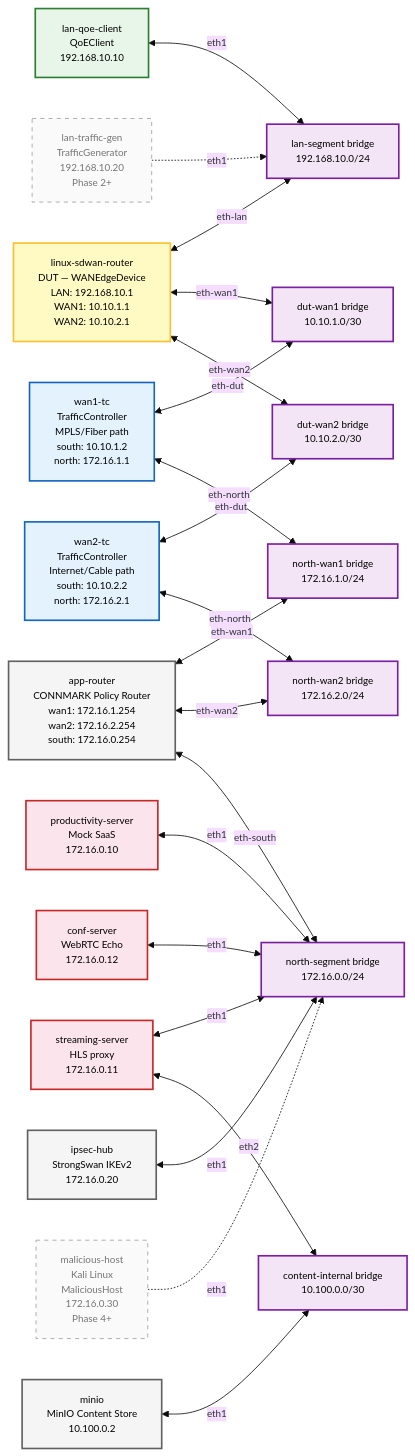
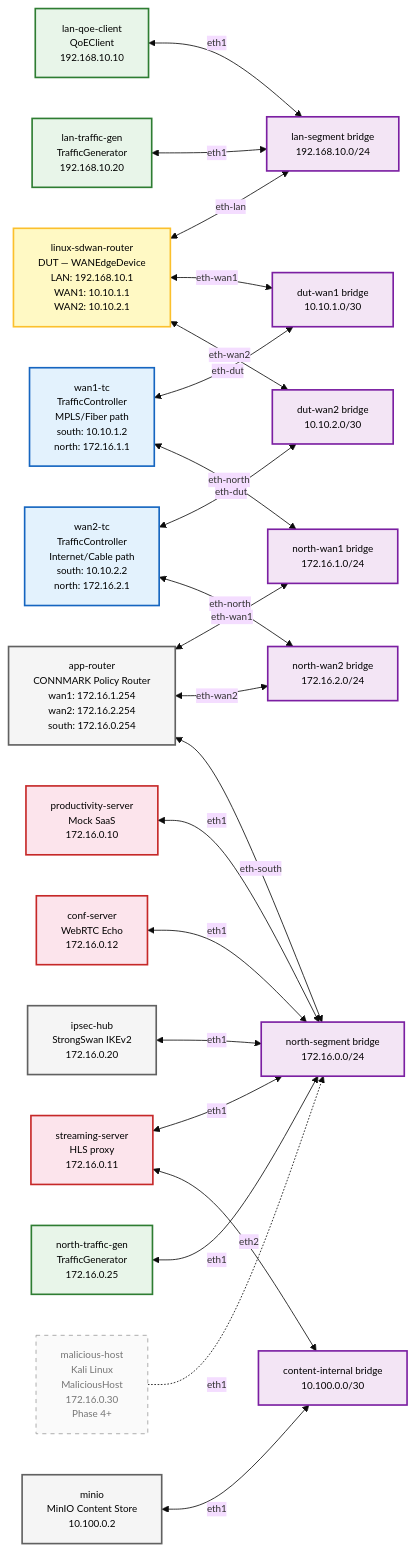
Before and after one commit to alottabits/boardfarm-bdd: the second of 2 diagrams in docs/examples/sdwan-digital-twin/testbed-configuration.md, drawn with Mermaid. The commit also changed other lines of this file and 21 other files, not shown here.

```diff
--- a/docs/examples/sdwan-digital-twin/testbed-configuration.md
+++ b/docs/examples/sdwan-digital-twin/testbed-configuration.md
@@ -122,7 +129,7 @@
 graph LR
     %% --- LAN SIDE ---
     LAN_CLIENT[lan-qoe-client<br/>QoEClient<br/>192.168.10.10]
-    LAN_GEN[lan-traffic-gen<br/>TrafficGenerator<br/>192.168.10.20<br/>Phase 2+]
+    LAN_GEN[lan-traffic-gen<br/>TrafficGenerator<br/>192.168.10.20]
 
     %% --- OVS BRIDGES ---
     BR_LAN[lan-segment bridge<br/>192.168.10.0/24]
@@ -148,6 +155,7 @@
     STREAM[streaming-server<br/>HLS proxy<br/>172.16.0.11]
     CONF[conf-server<br/>WebRTC Echo<br/>172.16.0.12]
     IPSEC[ipsec-hub<br/>StrongSwan IKEv2<br/>172.16.0.20]
+    NORTH_GEN[north-traffic-gen<br/>TrafficGenerator<br/>172.16.0.25]
     MAL[malicious-host<br/>Kali Linux<br/>MaliciousHost<br/>172.16.0.30<br/>Phase 4+]
 
     %% --- CONTENT ORIGIN ---
@@ -155,7 +163,7 @@
 
     %% --- LAN CONNECTIONS ---
     LAN_CLIENT <-->|eth1| BR_LAN
-    LAN_GEN -. eth1 .-> BR_LAN
+    LAN_GEN <-->|eth1| BR_LAN
     DUT <-->|eth-lan| BR_LAN
 
     %% --- DUT-to-TC CONNECTIONS ---
@@ -179,6 +187,7 @@
     STREAM <-->|eth1| BR_NORTH
     CONF <-->|eth1| BR_NORTH
     IPSEC <-->|eth1| BR_NORTH
+    NORTH_GEN <-->|eth1| BR_NORTH
     MAL -. eth1 .-> BR_NORTH
 
     %% --- CONTENT-INTERNAL CONNECTIONS ---
@@ -196,8 +205,7 @@
 
     class DUT dut
     class TC1,TC2 tc
-    class LAN_CLIENT client
-    class LAN_GEN planned
+    class LAN_CLIENT,LAN_GEN,NORTH_GEN client
     class PROD,STREAM north
     class CONF north
     class IPSEC infra
```
